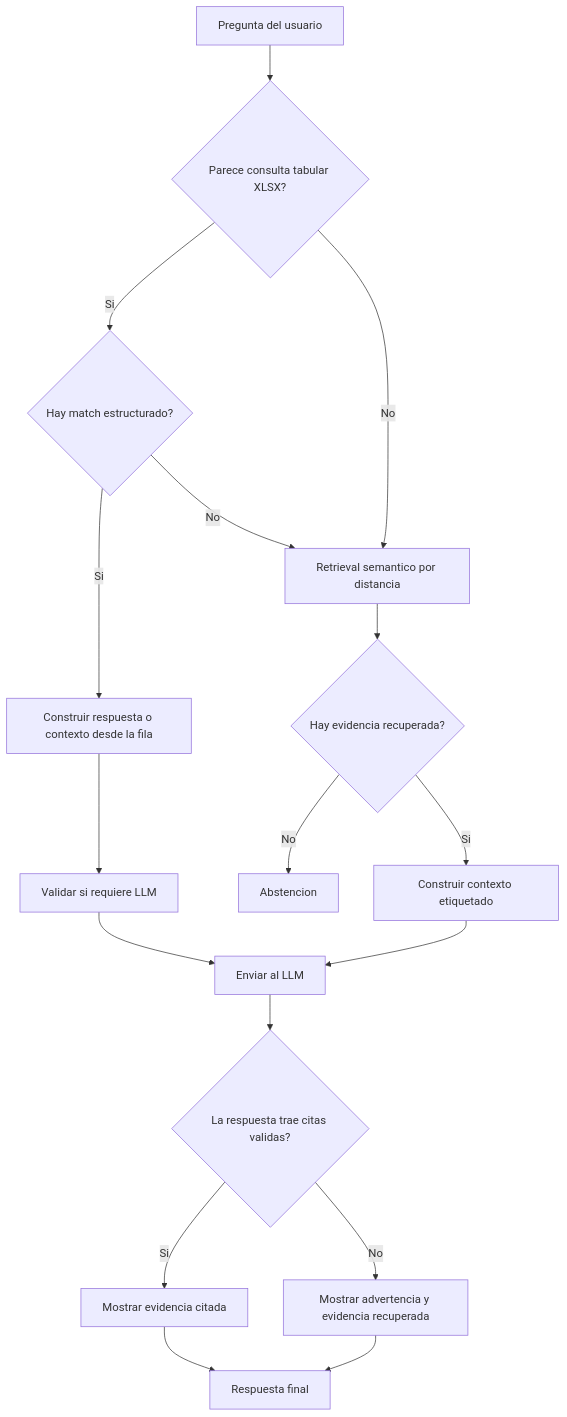
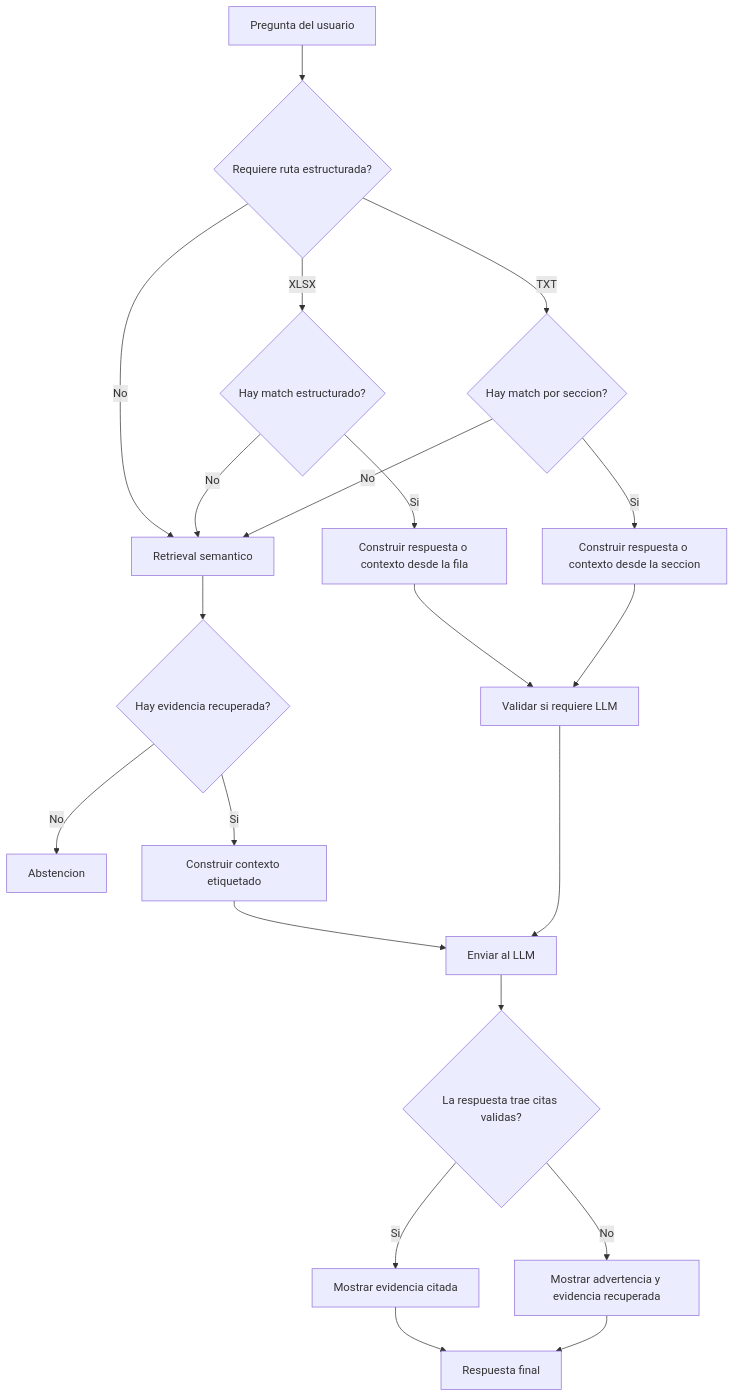
One commit to MauPos04/RAG_BIOS changed the fourth of 4 diagrams in README2.md. Above: the diagram before and after it, drawn with Mermaid. The commit also changed other lines of this file and 3 other files, not shown here.

````diff
--- a/README2.md
+++ b/README2.md
@@ -100,19 +108,23 @@
 ```mermaid
 flowchart TD
-    A[Pregunta del usuario] --> B{Parece consulta tabular XLSX?}
-    B -- Si --> C{Hay match estructurado?}
-    C -- Si --> D[Construir respuesta o contexto desde la fila]
-    C -- No --> E[Retrieval semantico por distancia]
-    B -- No --> E
-    E --> F{Hay evidencia recuperada?}
-    F -- No --> G[Abstencion]
-    F -- Si --> H[Construir contexto etiquetado]
-    D --> I[Validar si requiere LLM]
-    H --> J[Enviar al LLM]
-    I --> J
-    J --> K{La respuesta trae citas validas?}
-    K -- Si --> L[Mostrar evidencia citada]
-    K -- No --> M[Mostrar advertencia y evidencia recuperada]
-    L --> N[Respuesta final]
-    M --> N
+    A[Pregunta del usuario] --> B{Requiere ruta estructurada?}
+    B -- XLSX --> C{Hay match estructurado?}
+    B -- TXT --> D{Hay match por seccion?}
+    B -- No --> E[Retrieval semantico]
+    C -- Si --> F[Construir respuesta o contexto desde la fila]
+    C -- No --> E
+    D -- Si --> G[Construir respuesta o contexto desde la seccion]
+    D -- No --> E
+    E --> H{Hay evidencia recuperada?}
+    H -- No --> I[Abstencion]
+    H -- Si --> J[Construir contexto etiquetado]
+    F --> K[Validar si requiere LLM]
+    G --> K
+    J --> L[Enviar al LLM]
+    K --> L
+    L --> M{La respuesta trae citas validas?}
+    M -- Si --> N[Mostrar evidencia citada]
+    M -- No --> O[Mostrar advertencia y evidencia recuperada]
+    N --> P[Respuesta final]
+    O --> P
 ```
````
